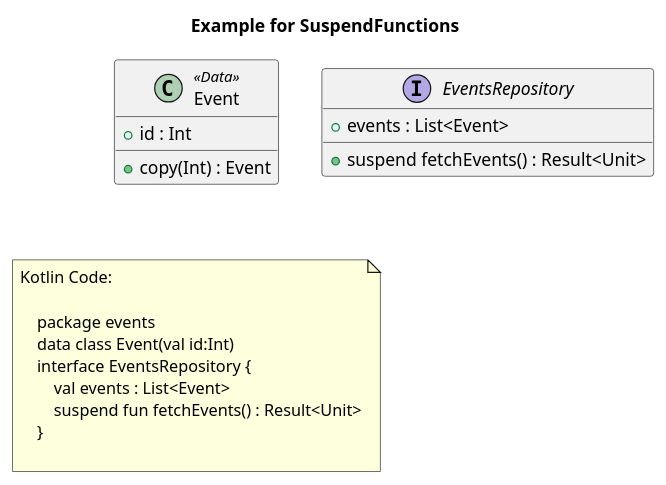
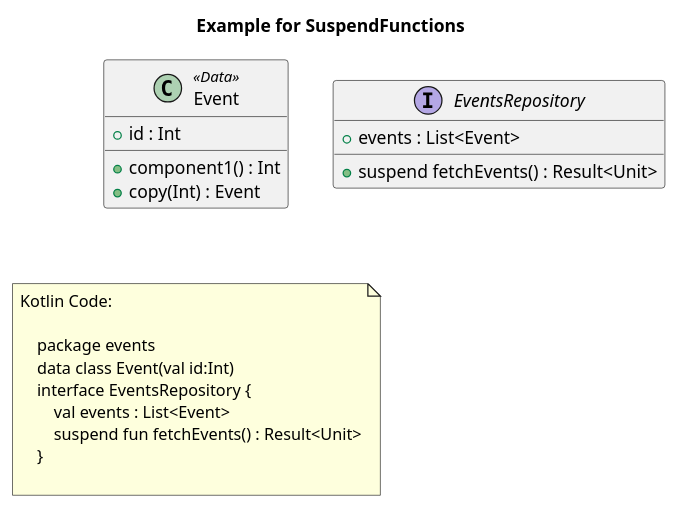
The diagram in doc/plantuml/SuspendFunctions.puml (Tosaa/ksp-plantuml), drawn with PlantUML before and after one commit. The commit also changed 11 other files, not shown here.

```diff
--- a/doc/plantuml/SuspendFunctions.puml
+++ b/doc/plantuml/SuspendFunctions.puml
@@ -1,37 +1,38 @@
 @startuml
 title Example for SuspendFunctions
 'This file is generated by the GenerateExamplesForDoc test.
 
     'events.Event
     class "Event" as events_Event <<Data>>{
         + id : Int
+		+ component1() : Int
 		+ copy(Int) : Event
     }
 
 
     'events.EventsRepository
     interface "EventsRepository" as events_EventsRepository {
         + events : List<Event>
 		+ suspend fetchEvents() : Result<Unit>
     }
 
 
 'Inheritance relations
 
 'Property relations
 
 'Function relations
 
 note as note_of_code
 Kotlin Code:
 
     package events
     data class Event(val id:Int)
     interface EventsRepository {
         val events : List<Event>
         suspend fun fetchEvents() : Result<Unit>
     }
     
 end note
 
 @enduml
```
